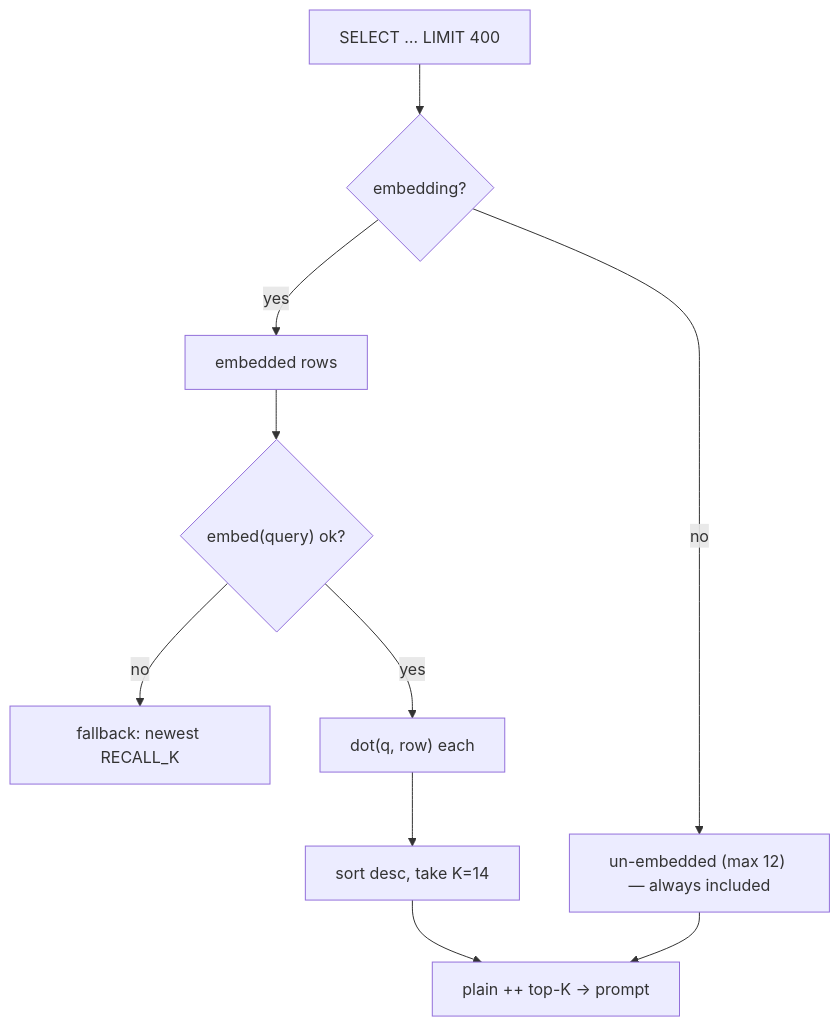
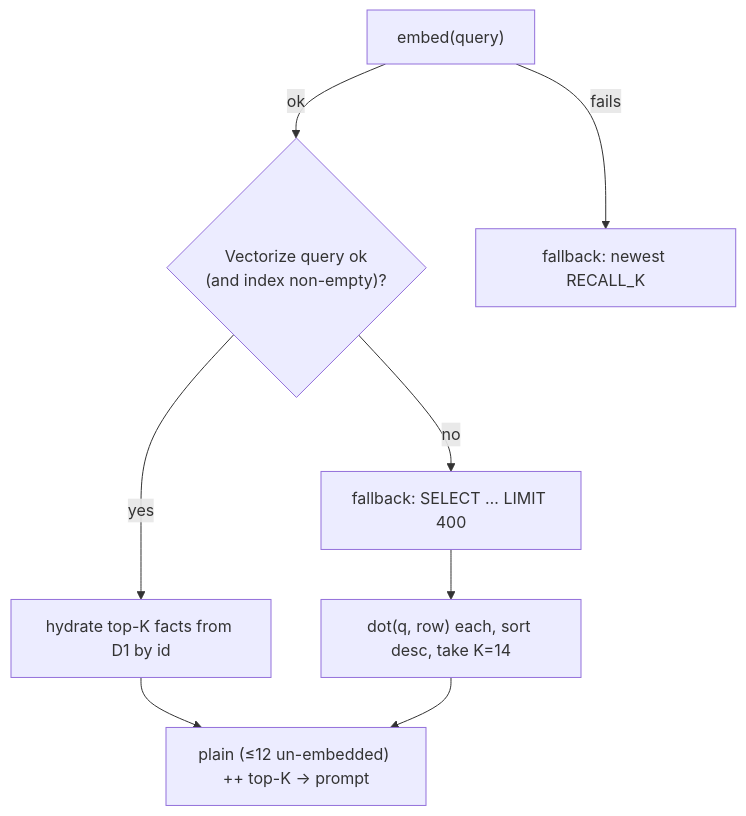
The second of 6 diagrams in docs/04-memory.md (saquibjawedbit/grabber), drawn with Mermaid before and after one commit. The commit also changed other lines of this file and 18 other files, not shown here.

First line of the commit message:
The System: planner (roadmap), autonomy, progress + temporal context

````diff
--- a/docs/04-memory.md
+++ b/docs/04-memory.md
@@ -42,12 +54,10 @@
 ```mermaid
 flowchart TB
-  all["SELECT … LIMIT 400"] --> split{"embedding?"}
-  split -->|yes| emb["embedded rows"]
-  split -->|no| plain["un-embedded (max 12) — always included"]
-  emb --> qok{"embed(query) ok?"}
-  qok -->|no| newest["fallback: newest RECALL_K"]
-  qok -->|yes| score["dot(q, row) each"]
-  score --> sort["sort desc, take K=14"]
-  sort --> out["plain ++ top-K → prompt"]
-  plain --> out
+  q["embed(query)"] -->|ok| vq{"Vectorize query ok\n(and index non-empty)?"}
+  vq -->|yes| hyd["hydrate top-K facts from D1 by id"]
+  hyd --> out["plain (≤12 un-embedded) ++ top-K → prompt"]
+  vq -->|no| all["fallback: SELECT … LIMIT 400"]
+  q -->|fails| newest["fallback: newest RECALL_K"]
+  all --> score["dot(q, row) each, sort desc, take K=14"]
+  score --> out
 ```
````
